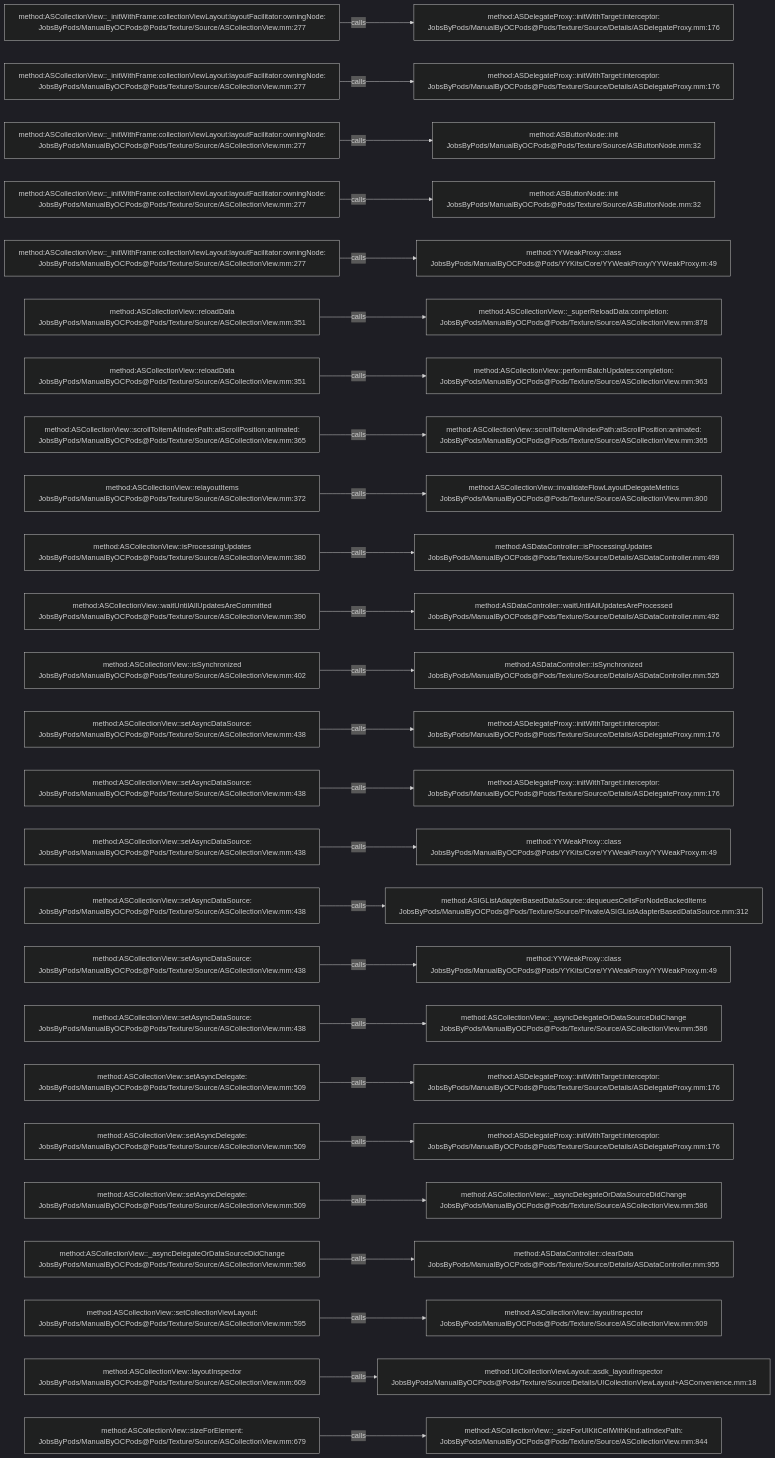
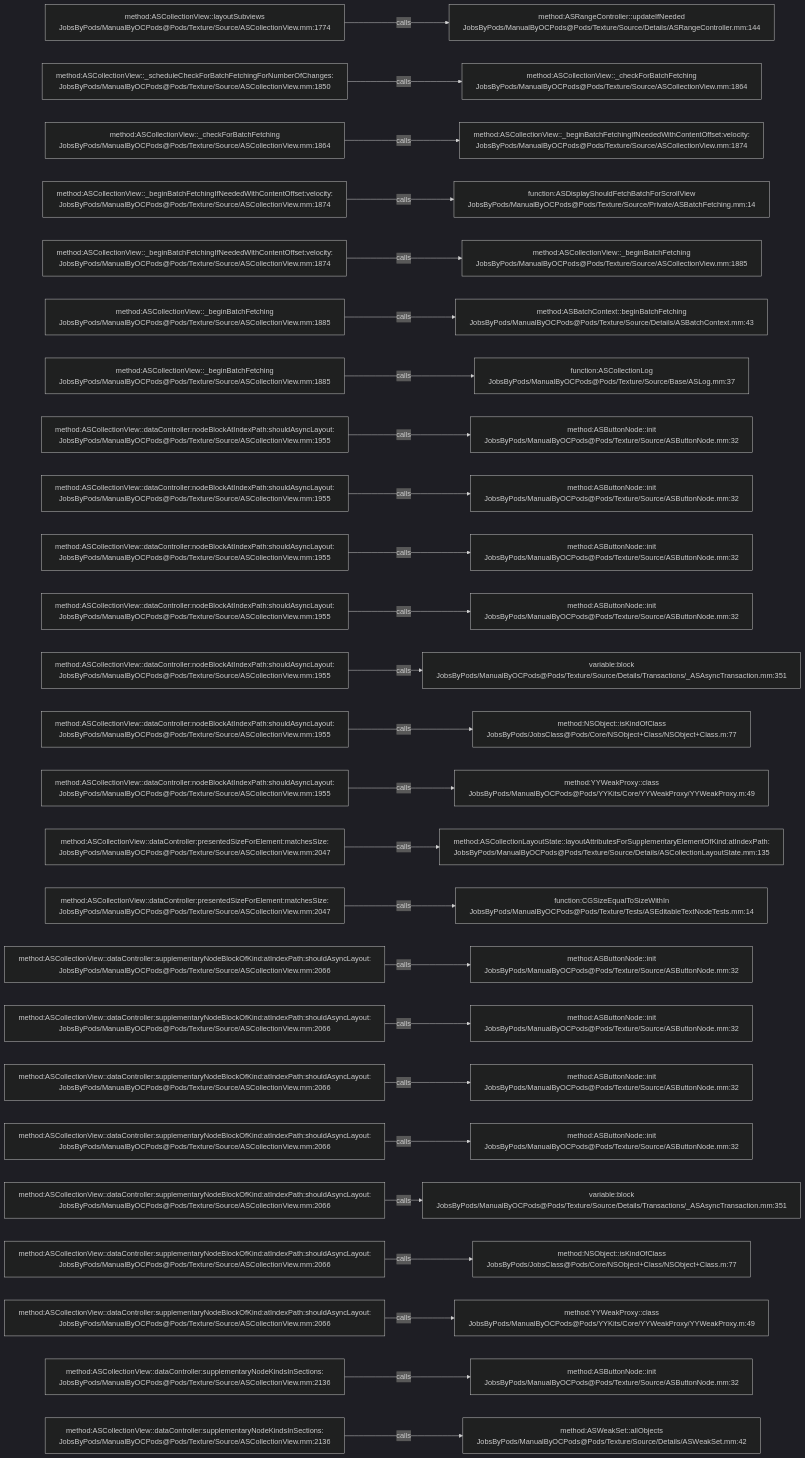
One commit to JobsKits/JobsOCBaseConfigDemo changed the diagram in .codegraph/codegraph.md/graphs/calls-081.md. Above: the diagram before and after it, drawn with Mermaid (dark theme). The commit also changed 1353 other files, not shown here.

````diff
--- a/.codegraph/codegraph.md/graphs/calls-081.md
+++ b/.codegraph/codegraph.md/graphs/calls-081.md
@@ -13,78 +13,78 @@
 ```mermaid
 flowchart LR
-  S1["method:ASCollectionView::_initWithFrame:collectionViewLayout:layoutFacilitator:owningNode:<br/>JobsByPods/ManualByOCPods@Pods/Texture/Source/ASCollectionView.mm:277"]
-  T1["method:ASDelegateProxy::initWithTarget:interceptor:<br/>JobsByPods/ManualByOCPods@Pods/Texture/Source/Details/ASDelegateProxy.mm:176"]
+  S1["method:ASCollectionView::layoutSubviews<br/>JobsByPods/ManualByOCPods@Pods/Texture/Source/ASCollectionView.mm:1774"]
+  T1["method:ASRangeController::updateIfNeeded<br/>JobsByPods/ManualByOCPods@Pods/Texture/Source/Details/ASRangeController.mm:144"]
   S1 -->|calls| T1
-  S2["method:ASCollectionView::_initWithFrame:collectionViewLayout:layoutFacilitator:owningNode:<br/>JobsByPods/ManualByOCPods@Pods/Texture/Source/ASCollectionView.mm:277"]
-  T2["method:ASDelegateProxy::initWithTarget:interceptor:<br/>JobsByPods/ManualByOCPods@Pods/Texture/Source/Details/ASDelegateProxy.mm:176"]
+  S2["method:ASCollectionView::_scheduleCheckForBatchFetchingForNumberOfChanges:<br/>JobsByPods/ManualByOCPods@Pods/Texture/Source/ASCollectionView.mm:1850"]
+  T2["method:ASCollectionView::_checkForBatchFetching<br/>JobsByPods/ManualByOCPods@Pods/Texture/Source/ASCollectionView.mm:1864"]
   S2 -->|calls| T2
-  S3["method:ASCollectionView::_initWithFrame:collectionViewLayout:layoutFacilitator:owningNode:<br/>JobsByPods/ManualByOCPods@Pods/Texture/Source/ASCollectionView.mm:277"]
-  T3["method:ASButtonNode::init<br/>JobsByPods/ManualByOCPods@Pods/Texture/Source/ASButtonNode.mm:32"]
+  S3["method:ASCollectionView::_checkForBatchFetching<br/>JobsByPods/ManualByOCPods@Pods/Texture/Source/ASCollectionView.mm:1864"]
+  T3["method:ASCollectionView::_beginBatchFetchingIfNeededWithContentOffset:velocity:<br/>JobsByPods/ManualByOCPods@Pods/Texture/Source/ASCollectionView.mm:1874"]
   S3 -->|calls| T3
-  S4["method:ASCollectionView::_initWithFrame:collectionViewLayout:layoutFacilitator:owningNode:<br/>JobsByPods/ManualByOCPods@Pods/Texture/Source/ASCollectionView.mm:277"]
-  T4["method:ASButtonNode::init<br/>JobsByPods/ManualByOCPods@Pods/Texture/Source/ASButtonNode.mm:32"]
+  S4["method:ASCollectionView::_beginBatchFetchingIfNeededWithContentOffset:velocity:<br/>JobsByPods/ManualByOCPods@Pods/Texture/Source/ASCollectionView.mm:1874"]
+  T4["function:ASDisplayShouldFetchBatchForScrollView<br/>JobsByPods/ManualByOCPods@Pods/Texture/Source/Private/ASBatchFetching.mm:14"]
   S4 -->|calls| T4
-  S5["method:ASCollectionView::_initWithFrame:collectionViewLayout:layoutFacilitator:owningNode:<br/>JobsByPods/ManualByOCPods@Pods/Texture/Source/ASCollectionView.mm:277"]
-  T5["method:YYWeakProxy::class<br/>JobsByPods/ManualByOCPods@Pods/YYKits/Core/YYWeakProxy/YYWeakProxy.m:49"]
+  S5["method:ASCollectionView::_beginBatchFetchingIfNeededWithContentOffset:velocity:<br/>JobsByPods/ManualByOCPods@Pods/Texture/Source/ASCollectionView.mm:1874"]
+  T5["method:ASCollectionView::_beginBatchFetching<br/>JobsByPods/ManualByOCPods@Pods/Texture/Source/ASCollectionView.mm:1885"]
   S5 -->|calls| T5
-  S6["method:ASCollectionView::reloadData<br/>JobsByPods/ManualByOCPods@Pods/Texture/Source/ASCollectionView.mm:351"]
-  T6["method:ASCollectionView::_superReloadData:completion:<br/>JobsByPods/ManualByOCPods@Pods/Texture/Source/ASCollectionView.mm:878"]
+  S6["method:ASCollectionView::_beginBatchFetching<br/>JobsByPods/ManualByOCPods@Pods/Texture/Source/ASCollectionView.mm:1885"]
+  T6["method:ASBatchContext::beginBatchFetching<br/>JobsByPods/ManualByOCPods@Pods/Texture/Source/Details/ASBatchContext.mm:43"]
   S6 -->|calls| T6
-  S7["method:ASCollectionView::reloadData<br/>JobsByPods/ManualByOCPods@Pods/Texture/Source/ASCollectionView.mm:351"]
-  T7["method:ASCollectionView::performBatchUpdates:completion:<br/>JobsByPods/ManualByOCPods@Pods/Texture/Source/ASCollectionView.mm:963"]
+  S7["method:ASCollectionView::_beginBatchFetching<br/>JobsByPods/ManualByOCPods@Pods/Texture/Source/ASCollectionView.mm:1885"]
+  T7["function:ASCollectionLog<br/>JobsByPods/ManualByOCPods@Pods/Texture/Source/Base/ASLog.mm:37"]
   S7 -->|calls| T7
-  S8["method:ASCollectionView::scrollToItemAtIndexPath:atScrollPosition:animated:<br/>JobsByPods/ManualByOCPods@Pods/Texture/Source/ASCollectionView.mm:365"]
-  T8["method:ASCollectionView::scrollToItemAtIndexPath:atScrollPosition:animated:<br/>JobsByPods/ManualByOCPods@Pods/Texture/Source/ASCollectionView.mm:365"]
+  S8["method:ASCollectionView::dataController:nodeBlockAtIndexPath:shouldAsyncLayout:<br/>JobsByPods/ManualByOCPods@Pods/Texture/Source/ASCollectionView.mm:1955"]
+  T8["method:ASButtonNode::init<br/>JobsByPods/ManualByOCPods@Pods/Texture/Source/ASButtonNode.mm:32"]
   S8 -->|calls| T8
-  S9["method:ASCollectionView::relayoutItems<br/>JobsByPods/ManualByOCPods@Pods/Texture/Source/ASCollectionView.mm:372"]
-  T9["method:ASCollectionView::invalidateFlowLayoutDelegateMetrics<br/>JobsByPods/ManualByOCPods@Pods/Texture/Source/ASCollectionView.mm:800"]
+  S9["method:ASCollectionView::dataController:nodeBlockAtIndexPath:shouldAsyncLayout:<br/>JobsByPods/ManualByOCPods@Pods/Texture/Source/ASCollectionView.mm:1955"]
+  T9["method:ASButtonNode::init<br/>JobsByPods/ManualByOCPods@Pods/Texture/Source/ASButtonNode.mm:32"]
   S9 -->|calls| T9
-  S10["method:ASCollectionView::isProcessingUpdates<br/>JobsByPods/ManualByOCPods@Pods/Texture/Source/ASCollectionView.mm:380"]
-  T10["method:ASDataController::isProcessingUpdates<br/>JobsByPods/ManualByOCPods@Pods/Texture/Source/Details/ASDataController.mm:499"]
+  S10["method:ASCollectionView::dataController:nodeBlockAtIndexPath:shouldAsyncLayout:<br/>JobsByPods/ManualByOCPods@Pods/Texture/Source/ASCollectionView.mm:1955"]
+  T10["method:ASButtonNode::init<br/>JobsByPods/ManualByOCPods@Pods/Texture/Source/ASButtonNode.mm:32"]
   S10 -->|calls| T10
-  S11["method:ASCollectionView::waitUntilAllUpdatesAreCommitted<br/>JobsByPods/ManualByOCPods@Pods/Texture/Source/ASCollectionView.mm:390"]
-  T11["method:ASDataController::waitUntilAllUpdatesAreProcessed<br/>JobsByPods/ManualByOCPods@Pods/Texture/Source/Details/ASDataController.mm:492"]
+  S11["method:ASCollectionView::dataController:nodeBlockAtIndexPath:shouldAsyncLayout:<br/>JobsByPods/ManualByOCPods@Pods/Texture/Source/ASCollectionView.mm:1955"]
+  T11["method:ASButtonNode::init<br/>JobsByPods/ManualByOCPods@Pods/Texture/Source/ASButtonNode.mm:32"]
   S11 -->|calls| T11
-  S12["method:ASCollectionView::isSynchronized<br/>JobsByPods/ManualByOCPods@Pods/Texture/Source/ASCollectionView.mm:402"]
-  T12["method:ASDataController::isSynchronized<br/>JobsByPods/ManualByOCPods@Pods/Texture/Source/Details/ASDataController.mm:525"]
+  S12["method:ASCollectionView::dataController:nodeBlockAtIndexPath:shouldAsyncLayout:<br/>JobsByPods/ManualByOCPods@Pods/Texture/Source/ASCollectionView.mm:1955"]
+  T12["variable:block<br/>JobsByPods/ManualByOCPods@Pods/Texture/Source/Details/Transactions/_ASAsyncTransaction.mm:351"]
   S12 -->|calls| T12
-  S13["method:ASCollectionView::setAsyncDataSource:<br/>JobsByPods/ManualByOCPods@Pods/Texture/Source/ASCollectionView.mm:438"]
-  T13["method:ASDelegateProxy::initWithTarget:interceptor:<br/>JobsByPods/ManualByOCPods@Pods/Texture/Source/Details/ASDelegateProxy.mm:176"]
+  S13["method:ASCollectionView::dataController:nodeBlockAtIndexPath:shouldAsyncLayout:<br/>JobsByPods/ManualByOCPods@Pods/Texture/Source/ASCollectionView.mm:1955"]
+  T13["method:NSObject::isKindOfClass<br/>JobsByPods/JobsClass@Pods/Core/NSObject+Class/NSObject+Class.m:77"]
   S13 -->|calls| T13
-  S14["method:ASCollectionView::setAsyncDataSource:<br/>JobsByPods/ManualByOCPods@Pods/Texture/Source/ASCollectionView.mm:438"]
-  T14["method:ASDelegateProxy::initWithTarget:interceptor:<br/>JobsByPods/ManualByOCPods@Pods/Texture/Source/Details/ASDelegateProxy.mm:176"]
+  S14["method:ASCollectionView::dataController:nodeBlockAtIndexPath:shouldAsyncLayout:<br/>JobsByPods/ManualByOCPods@Pods/Texture/Source/ASCollectionView.mm:1955"]
+  T14["method:YYWeakProxy::class<br/>JobsByPods/ManualByOCPods@Pods/YYKits/Core/YYWeakProxy/YYWeakProxy.m:49"]
   S14 -->|calls| T14
-  S15["method:ASCollectionView::setAsyncDataSource:<br/>JobsByPods/ManualByOCPods@Pods/Texture/Source/ASCollectionView.mm:438"]
-  T15["method:YYWeakProxy::class<br/>JobsByPods/ManualByOCPods@Pods/YYKits/Core/YYWeakProxy/YYWeakProxy.m:49"]
+  S15["method:ASCollectionView::dataController:presentedSizeForElement:matchesSize:<br/>JobsByPods/ManualByOCPods@Pods/Texture/Source/ASCollectionView.mm:2047"]
+  T15["method:ASCollectionLayoutState::layoutAttributesForSupplementaryElementOfKind:atIndexPath:<br/>JobsByPods/ManualByOCPods@Pods/Texture/Source/Details/ASCollectionLayoutState.mm:135"]
   S15 -->|calls| T15
-  S16["method:ASCollectionView::setAsyncDataSource:<br/>JobsByPods/ManualByOCPods@Pods/Texture/Source/ASCollectionView.mm:438"]
-  T16["method:ASIGListAdapterBasedDataSource::dequeuesCellsForNodeBackedItems<br/>JobsByPods/ManualByOCPods@Pods/Texture/Source/Private/ASIGListAdapterBasedDataSource.mm:312"]
+  S16["method:ASCollectionView::dataController:presentedSizeForElement:matchesSize:<br/>JobsByPods/ManualByOCPods@Pods/Texture/Source/ASCollectionView.mm:2047"]
+  T16["function:CGSizeEqualToSizeWithIn<br/>JobsByPods/ManualByOCPods@Pods/Texture/Tests/ASEditableTextNodeTests.mm:14"]
   S16 -->|calls| T16
-  S17["method:ASCollectionView::setAsyncDataSource:<br/>JobsByPods/ManualByOCPods@Pods/Texture/Source/ASCollectionView.mm:438"]
-  T17["method:YYWeakProxy::class<br/>JobsByPods/ManualByOCPods@Pods/YYKits/Core/YYWeakProxy/YYWeakProxy.m:49"]
+  S17["method:ASCollectionView::dataController:supplementaryNodeBlockOfKind:atIndexPath:shouldAsyncLayout:<br/>JobsByPods/ManualByOCPods@Pods/Texture/Source/ASCollectionView.mm:2066"]
+  T17["method:ASButtonNode::init<br/>JobsByPods/ManualByOCPods@Pods/Texture/Source/ASButtonNode.mm:32"]
   S17 -->|calls| T17
-  S18["method:ASCollectionView::setAsyncDataSource:<br/>JobsByPods/ManualByOCPods@Pods/Texture/Source/ASCollectionView.mm:438"]
-  T18["method:ASCollectionView::_asyncDelegateOrDataSourceDidChange<br/>JobsByPods/ManualByOCPods@Pods/Texture/Source/ASCollectionView.mm:586"]
+  S18["method:ASCollectionView::dataController:supplementaryNodeBlockOfKind:atIndexPath:shouldAsyncLayout:<br/>JobsByPods/ManualByOCPods@Pods/Texture/Source/ASCollectionView.mm:2066"]
+  T18["method:ASButtonNode::init<br/>JobsByPods/ManualByOCPods@Pods/Texture/Source/ASButtonNode.mm:32"]
   S18 -->|calls| T18
-  S19["method:ASCollectionView::setAsyncDelegate:<br/>JobsByPods/ManualByOCPods@Pods/Texture/Source/ASCollectionView.mm:509"]
-  T19["method:ASDelegateProxy::initWithTarget:interceptor:<br/>JobsByPods/ManualByOCPods@Pods/Texture/Source/Details/ASDelegateProxy.mm:176"]
+  S19["method:ASCollectionView::dataController:supplementaryNodeBlockOfKind:atIndexPath:shouldAsyncLayout:<br/>JobsByPods/ManualByOCPods@Pods/Texture/Source/ASCollectionView.mm:2066"]
+  T19["method:ASButtonNode::init<br/>JobsByPods/ManualByOCPods@Pods/Texture/Source/ASButtonNode.mm:32"]
   S19 -->|calls| T19
-  S20["method:ASCollectionView::setAsyncDelegate:<br/>JobsByPods/ManualByOCPods@Pods/Texture/Source/ASCollectionView.mm:509"]
-  T20["method:ASDelegateProxy::initWithTarget:interceptor:<br/>JobsByPods/ManualByOCPods@Pods/Texture/Source/Details/ASDelegateProxy.mm:176"]
+  S20["method:ASCollectionView::dataController:supplementaryNodeBlockOfKind:atIndexPath:shouldAsyncLayout:<br/>JobsByPods/ManualByOCPods@Pods/Texture/Source/ASCollectionView.mm:2066"]
+  T20["method:ASButtonNode::init<br/>JobsByPods/ManualByOCPods@Pods/Texture/Source/ASButtonNode.mm:32"]
   S20 -->|calls| T20
-  S21["method:ASCollectionView::setAsyncDelegate:<br/>JobsByPods/ManualByOCPods@Pods/Texture/Source/ASCollectionView.mm:509"]
-  T21["method:ASCollectionView::_asyncDelegateOrDataSourceDidChange<br/>JobsByPods/ManualByOCPods@Pods/Texture/Source/ASCollectionView.mm:586"]
+  S21["method:ASCollectionView::dataController:supplementaryNodeBlockOfKind:atIndexPath:shouldAsyncLayout:<br/>JobsByPods/ManualByOCPods@Pods/Texture/Source/ASCollectionView.mm:2066"]
+  T21["variable:block<br/>JobsByPods/ManualByOCPods@Pods/Texture/Source/Details/Transactions/_ASAsyncTransaction.mm:351"]
   S21 -->|calls| T21
-  S22["method:ASCollectionView::_asyncDelegateOrDataSourceDidChange<br/>JobsByPods/ManualByOCPods@Pods/Texture/Source/ASCollectionView.mm:586"]
-  T22["method:ASDataController::clearData<br/>JobsByPods/ManualByOCPods@Pods/Texture/Source/Details/ASDataController.mm:955"]
+  S22["method:ASCollectionView::dataController:supplementaryNodeBlockOfKind:atIndexPath:shouldAsyncLayout:<br/>JobsByPods/ManualByOCPods@Pods/Texture/Source/ASCollectionView.mm:2066"]
+  T22["method:NSObject::isKindOfClass<br/>JobsByPods/JobsClass@Pods/Core/NSObject+Class/NSObject+Class.m:77"]
   S22 -->|calls| T22
-  S23["method:ASCollectionView::setCollectionViewLayout:<br/>JobsByPods/ManualByOCPods@Pods/Texture/Source/ASCollectionView.mm:595"]
-  T23["method:ASCollectionView::layoutInspector<br/>JobsByPods/ManualByOCPods@Pods/Texture/Source/ASCollectionView.mm:609"]
+  S23["method:ASCollectionView::dataController:supplementaryNodeBlockOfKind:atIndexPath:shouldAsyncLayout:<br/>JobsByPods/ManualByOCPods@Pods/Texture/Source/ASCollectionView.mm:2066"]
+  T23["method:YYWeakProxy::class<br/>JobsByPods/ManualByOCPods@Pods/YYKits/Core/YYWeakProxy/YYWeakProxy.m:49"]
   S23 -->|calls| T23
-  S24["method:ASCollectionView::layoutInspector<br/>JobsByPods/ManualByOCPods@Pods/Texture/Source/ASCollectionView.mm:609"]
-  T24["method:UICollectionViewLayout::asdk_layoutInspector<br/>JobsByPods/ManualByOCPods@Pods/Texture/Source/Details/UICollectionViewLayout+ASConvenience.mm:18"]
+  S24["method:ASCollectionView::dataController:supplementaryNodeKindsInSections:<br/>JobsByPods/ManualByOCPods@Pods/Texture/Source/ASCollectionView.mm:2136"]
+  T24["method:ASButtonNode::init<br/>JobsByPods/ManualByOCPods@Pods/Texture/Source/ASButtonNode.mm:32"]
   S24 -->|calls| T24
-  S25["method:ASCollectionView::sizeForElement:<br/>JobsByPods/ManualByOCPods@Pods/Texture/Source/ASCollectionView.mm:679"]
-  T25["method:ASCollectionView::_sizeForUIKitCellWithKind:atIndexPath:<br/>JobsByPods/ManualByOCPods@Pods/Texture/Source/ASCollectionView.mm:844"]
+  S25["method:ASCollectionView::dataController:supplementaryNodeKindsInSections:<br/>JobsByPods/ManualByOCPods@Pods/Texture/Source/ASCollectionView.mm:2136"]
+  T25["method:ASWeakSet::allObjects<br/>JobsByPods/ManualByOCPods@Pods/Texture/Source/Details/ASWeakSet.mm:42"]
   S25 -->|calls| T25
 ```
````
